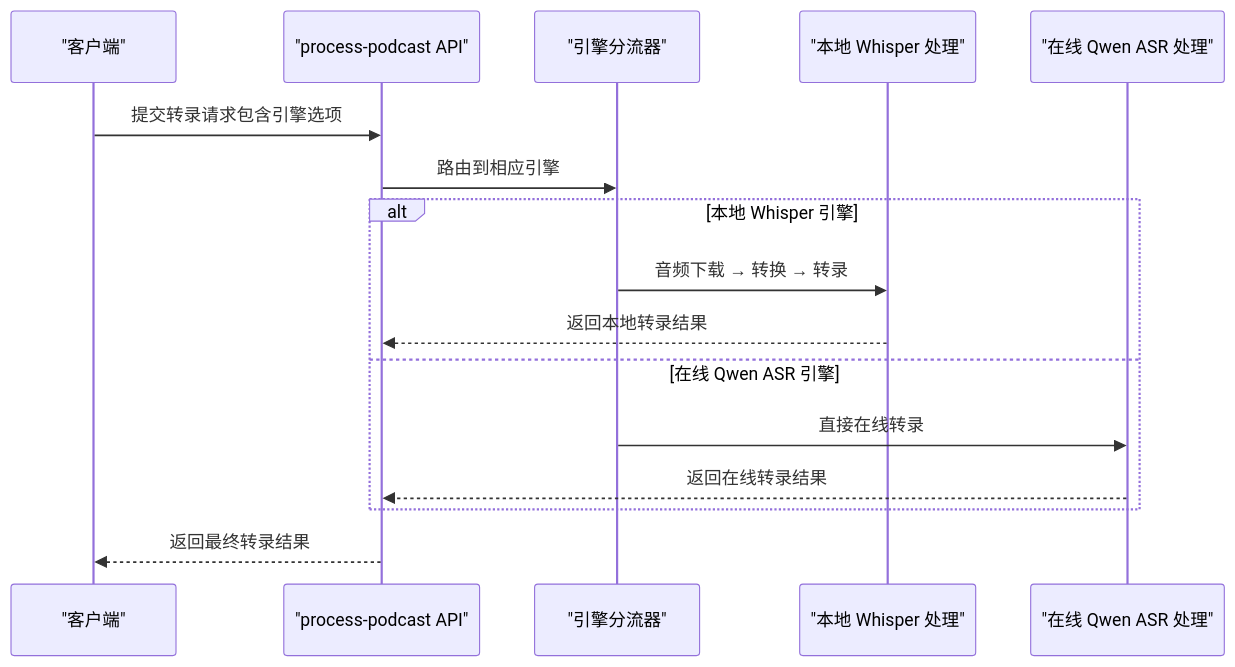
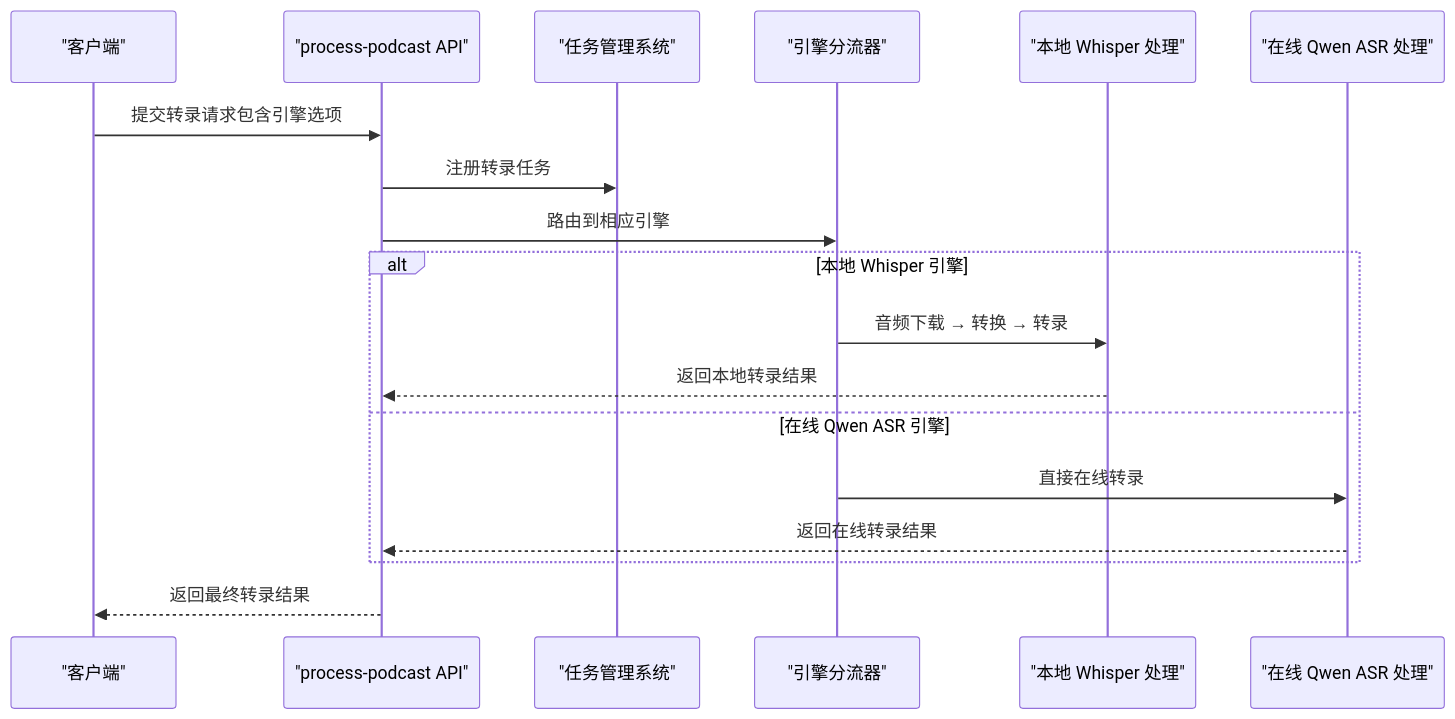
The seventh of 12 diagrams in .qoder/repowiki/zh/content/核心功能模块/语音识别引擎.md (clawbotai/memo-flow), drawn with Mermaid before and after one commit. The commit also changed other lines of this file and 18 other files, not shown here.

````diff
--- a/.qoder/repowiki/zh/content/核心功能模块/语音识别引擎.md
+++ b/.qoder/repowiki/zh/content/核心功能模块/语音识别引擎.md
@@ -243,18 +349,20 @@
 ```mermaid
 sequenceDiagram
 participant Client as "客户端"
 participant API as "process-podcast API"
+participant TM as "任务管理系统"
 participant Router as "引擎分流器"
 participant Local as "本地 Whisper 处理"
 participant Online as "在线 Qwen ASR 处理"
 Client->>API : 提交转录请求包含引擎选项
+API->>TM : 注册转录任务
 API->>Router : 路由到相应引擎
 alt 本地 Whisper 引擎
 Router->>Local : 音频下载 → 转换 → 转录
 Local-->>API : 返回本地转录结果
 else 在线 Qwen ASR 引擎
 Router->>Online : 直接在线转录
 Online-->>API : 返回在线转录结果
 end
 API-->>Client : 返回最终转录结果
 ```
````
